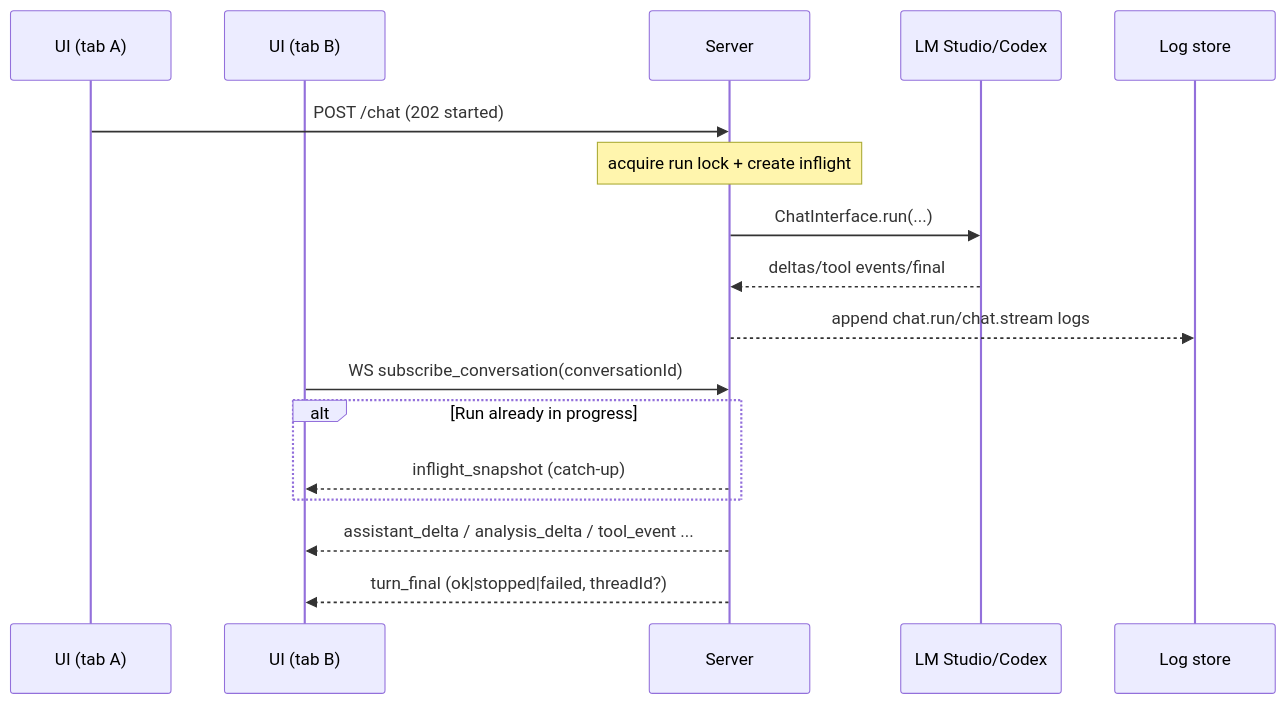
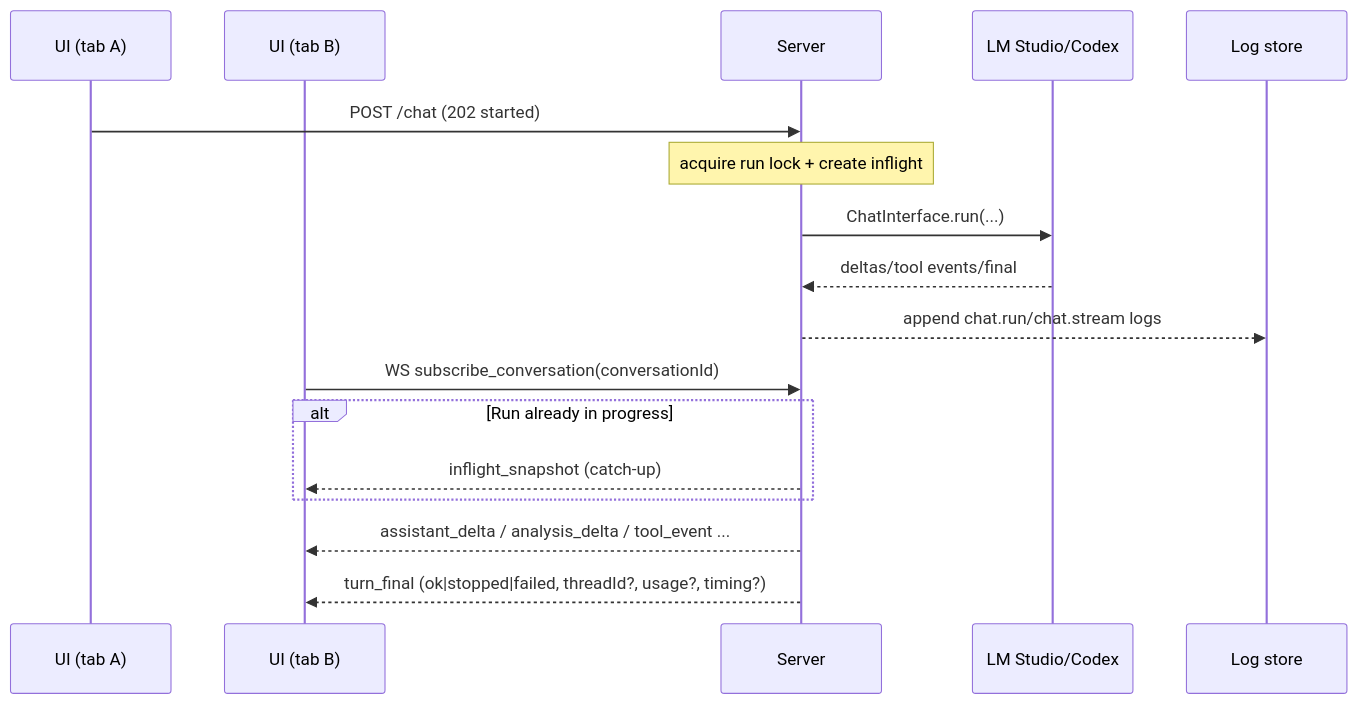
Before and after one commit to Chargeuk/codeInfo2: diagram 45 of 57 in design.md, drawn with Mermaid. The commit also changed other lines of this file and 4 other files, not shown here.

First line of the commit message:
DEV-0000024 - Emit usage/timing on WS turn_final with coverage.

````diff
--- a/design.md
+++ b/design.md
@@ -1243,21 +1243,21 @@
 ```mermaid
 sequenceDiagram
   participant UI as UI (tab A)
   participant Viewer as UI (tab B)
   participant Server
   participant Provider as LM Studio/Codex
   participant Logs as Log store
 
   UI->>Server: POST /chat (202 started)
   Note over Server: acquire run lock + create inflight
   Server->>Provider: ChatInterface.run(...)
   Provider-->>Server: deltas/tool events/final
   Server-->>Logs: append chat.run/chat.stream logs
 
   Viewer->>Server: WS subscribe_conversation(conversationId)
   alt Run already in progress
     Server-->>Viewer: inflight_snapshot (catch-up)
   end
   Server-->>Viewer: assistant_delta / analysis_delta / tool_event ...
-  Server-->>Viewer: turn_final (ok|stopped|failed, threadId?)
+  Server-->>Viewer: turn_final (ok|stopped|failed, threadId?, usage?, timing?)
 ```
````
